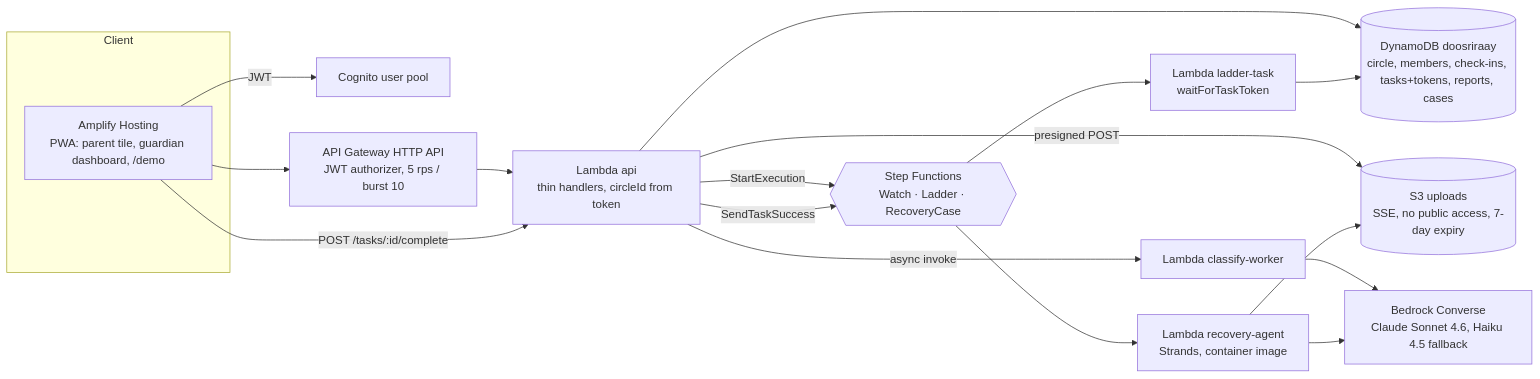
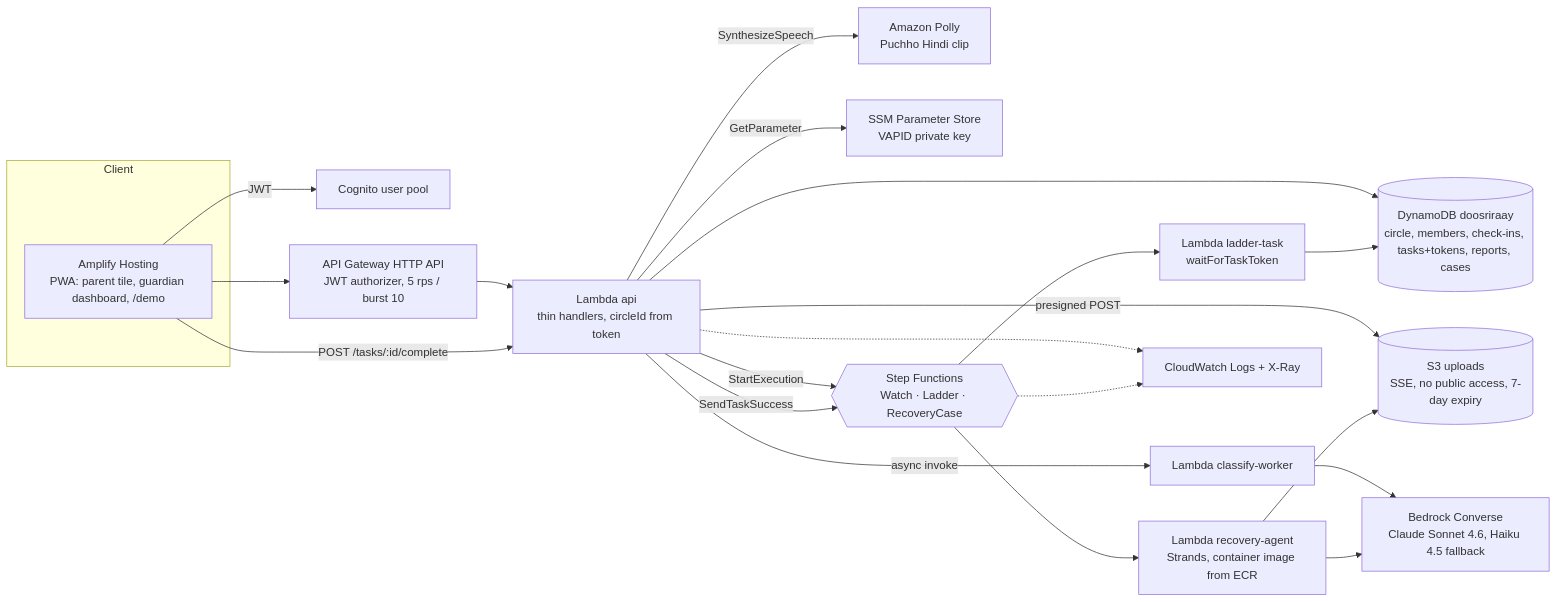
One commit to abhay-codes07/doosri-raay changed the first of 2 diagrams in README.md. Above: the diagram before and after it, drawn with Mermaid. The commit also changed other lines of this file, not shown here.

````diff
--- a/README.md
+++ b/README.md
@@ -83,20 +96,24 @@
 ```mermaid
 flowchart LR
   subgraph Client
     PWA[Amplify Hosting<br/>PWA: parent tile, guardian dashboard, /demo]
   end
   PWA -- JWT --> COG[Cognito user pool]
   PWA --> APIGW[API Gateway HTTP API<br/>JWT authorizer, 5 rps / burst 10]
   APIGW --> API[Lambda api<br/>thin handlers, circleId from token]
   API --> DDB[(DynamoDB doosriraay<br/>circle, members, check-ins, tasks+tokens, reports, cases)]
   API -- presigned POST --> S3[(S3 uploads<br/>SSE, no public access, 7-day expiry)]
   API -- async invoke --> CW[Lambda classify-worker]
   CW --> BR[Bedrock Converse<br/>Claude Sonnet 4.6, Haiku 4.5 fallback]
+  API -- SynthesizeSpeech --> POLLY[Amazon Polly<br/>Puchho Hindi clip]
+  API -- GetParameter --> SSM[SSM Parameter Store<br/>VAPID private key]
   API -- StartExecution --> SFN{{Step Functions<br/>Watch · Ladder · RecoveryCase}}
   SFN --> LT[Lambda ladder-task<br/>waitForTaskToken]
   LT --> DDB
-  SFN --> RA[Lambda recovery-agent<br/>Strands, container image]
+  SFN --> RA[Lambda recovery-agent<br/>Strands, container image from ECR]
   RA --> BR
   RA --> S3
   PWA -- "POST /tasks/:id/complete" --> API -- SendTaskSuccess --> SFN
+  API -.-> LOGS[CloudWatch Logs + X-Ray]
+  SFN -.-> LOGS
 ```
````
